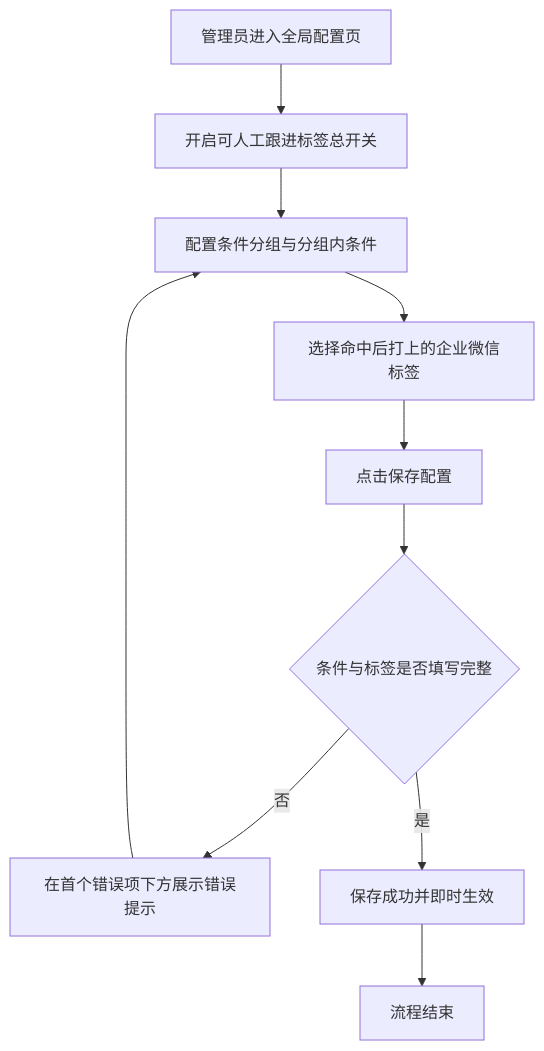
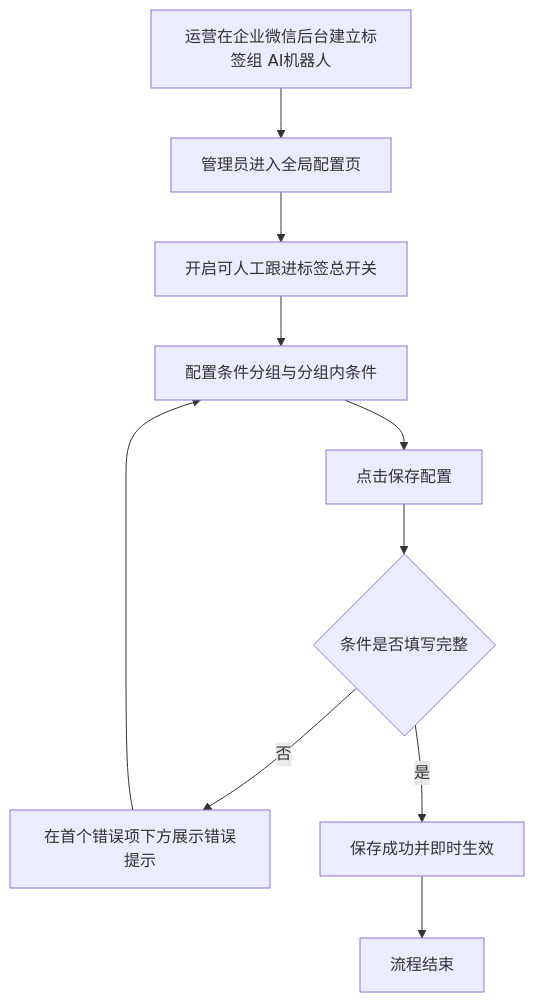
One commit to Leo-ai05/prototypes changed the second of 2 diagrams in 可人工跟进标签条件自定义配置/PRD-可人工跟进标签条件自定义配置.md. Above: the diagram before and after it, drawn with Mermaid. The commit also changed other lines of this file and 10 other files, not shown here.

````diff
--- a/可人工跟进标签条件自定义配置/PRD-可人工跟进标签条件自定义配置.md
+++ b/可人工跟进标签条件自定义配置/PRD-可人工跟进标签条件自定义配置.md
@@ -60,12 +66,12 @@
 ```mermaid
 flowchart TD
-    A2[管理员进入全局配置页] --> B2[开启可人工跟进标签总开关]
-    B2 --> C2[配置条件分组与分组内条件]
-    C2 --> D2[选择命中后打上的企业微信标签]
+    A2[运营在企业微信后台建立标签组 AI机器人] --> B2[管理员进入全局配置页]
+    B2 --> C2[开启可人工跟进标签总开关]
+    C2 --> D2[配置条件分组与分组内条件]
     D2 --> E5[点击保存配置]
-    E5 --> F2{条件与标签是否填写完整}
+    E5 --> F2{条件是否填写完整}
     F2 -->|否| G2[在首个错误项下方展示错误提示]
-    G2 --> C2
+    G2 --> D2
     F2 -->|是| H2[保存成功并即时生效]
     H2 --> I6[流程结束]
 ```
````
